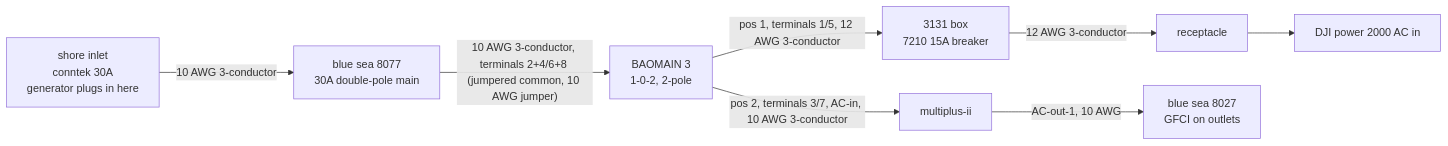
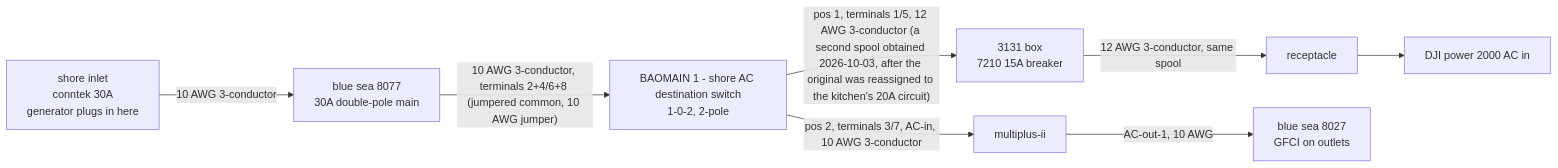
Before and after one commit to timit/vandalia: the third of 6 diagrams in electrical/diagrams.md, drawn with Mermaid. The commit also changed other lines of this file and 9 other files, not shown here.

````diff
--- a/electrical/diagrams.md
+++ b/electrical/diagrams.md
@@ -44,10 +44,10 @@
 ```mermaid
 flowchart LR
   inlet["shore inlet<br/>conntek 30A<br/>generator plugs in here"] -->|"10 AWG 3-conductor"| m8077["blue sea 8077<br/>30A double-pole main"]
-  m8077 -->|"10 AWG 3-conductor, terminals 2+4/6+8 (jumpered common, 10 AWG jumper)"| b3["BAOMAIN 3<br/>1-0-2, 2-pole"]
-  b3 -->|"pos 1, terminals 1/5, 12 AWG 3-conductor"| box["3131 box<br/>7210 15A breaker"]
+  m8077 -->|"10 AWG 3-conductor, terminals 2+4/6+8 (jumpered common, 10 AWG jumper)"| b3["BAOMAIN 1 - shore AC destination switch<br/>1-0-2, 2-pole"]
+  b3 -->|"pos 1, terminals 1/5, 12 AWG 3-conductor (a second spool obtained 2026-10-03, after the original was reassigned to the kitchen's 20A circuit)"| box["3131 box<br/>7210 15A breaker"]
   b3 -->|"pos 2, terminals 3/7, AC-in, 10 AWG 3-conductor"| mp["multiplus-ii"]
-  box -->|"12 AWG 3-conductor"| rec["receptacle"]
+  box -->|"12 AWG 3-conductor, same spool"| rec["receptacle"]
   rec --> djiin["DJI power 2000 AC in"]
   mp -->|"AC-out-1, 10 AWG"| p8027["blue sea 8027<br/>GFCI on outlets"]
 ```
````
